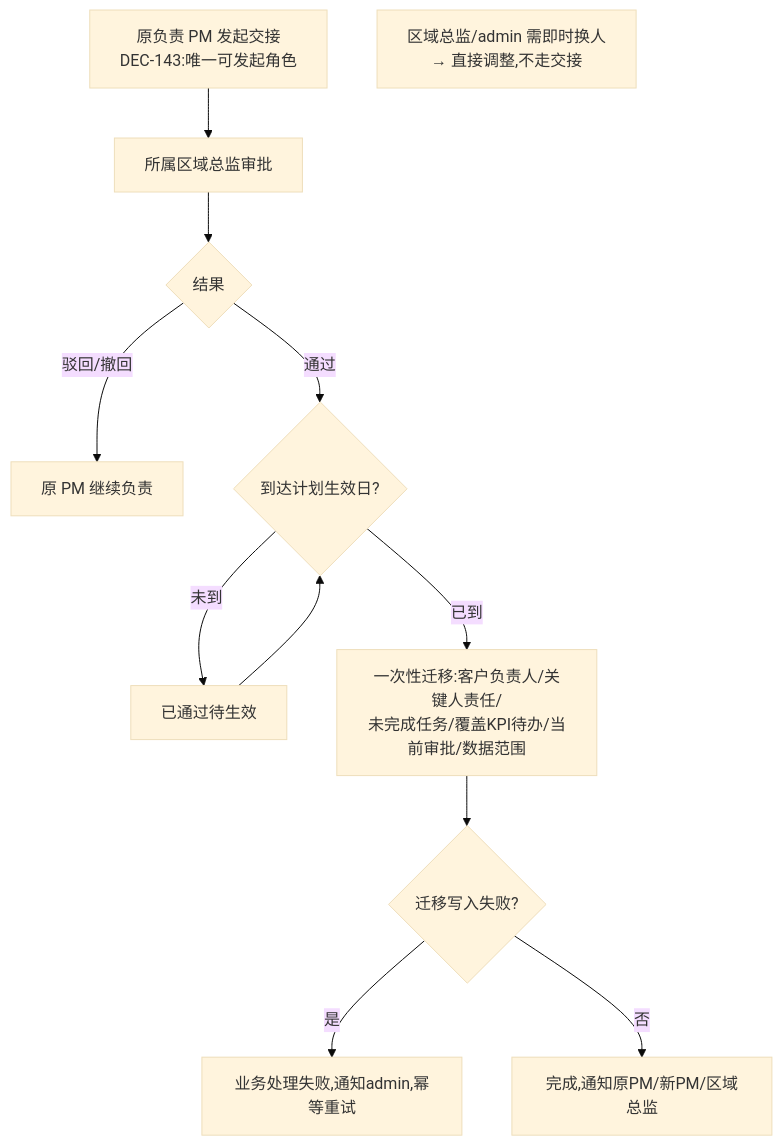
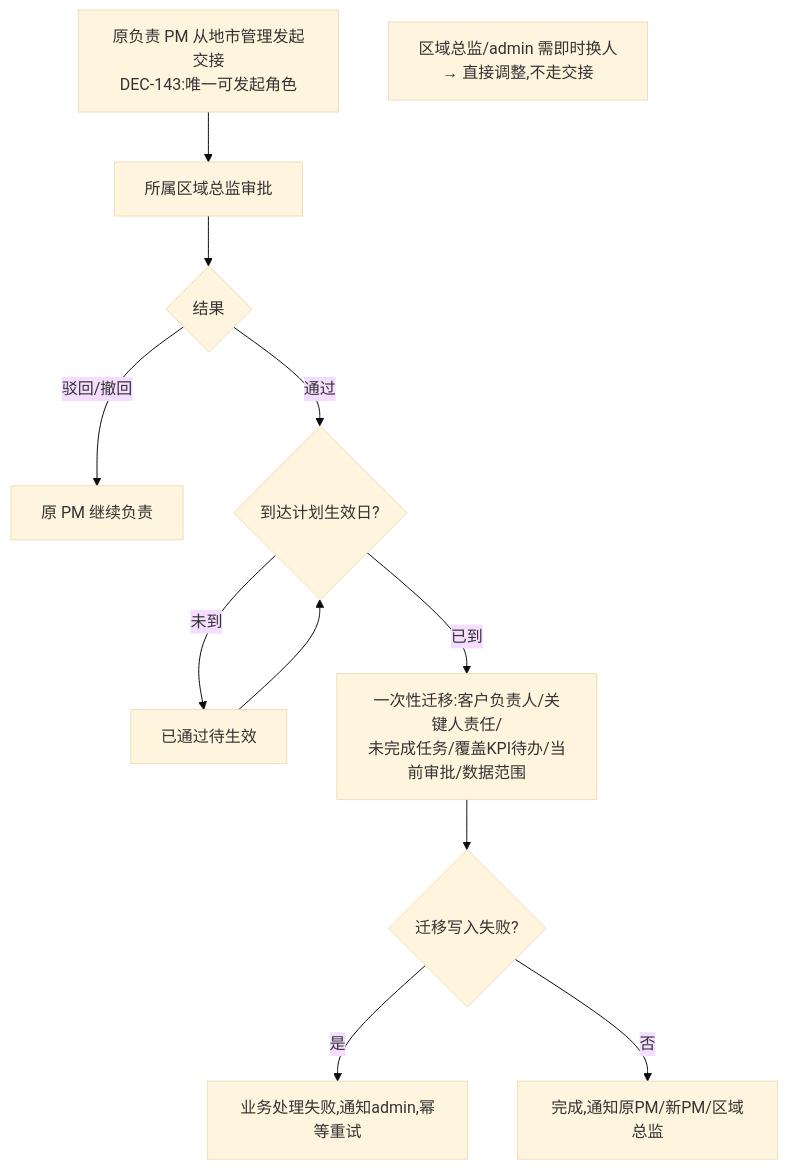
One commit to Joker-1030/Yingjia-Internal-Management-System changed the diagram in prd-workspace/current/user-flows/FLOW-10-M08-city-handover-approval.md. Above: the diagram before and after it, drawn with Mermaid (base theme). The commit also changed other lines of this file and 19 other files, not shown here.

````diff
--- a/prd-workspace/current/user-flows/FLOW-10-M08-city-handover-approval.md
+++ b/prd-workspace/current/user-flows/FLOW-10-M08-city-handover-approval.md
@@ -8,14 +8,14 @@
 ```mermaid
 flowchart TD
-    A[原负责 PM 发起交接<br/>DEC-143:唯一可发起角色] --> C[所属区域总监审批]
+    A[原负责 PM 从地市管理发起交接<br/>DEC-143:唯一可发起角色] --> C[所属区域总监审批]
     C --> F{结果}
     F -- 驳回/撤回 --> H[原 PM 继续负责]
     F -- 通过 --> I{到达计划生效日?}
     I -- 未到 --> J[已通过待生效]
     J --> I
     I -- 已到 --> G[一次性迁移:客户负责人/关键人责任/<br/>未完成任务/覆盖KPI待办/当前审批/数据范围]
     G --> K{迁移写入失败?}
     K -- 是 --> L[业务处理失败,通知admin,幂等重试]
     K -- 否 --> M[完成,通知原PM/新PM/区域总监]
     N[区域总监/admin 需即时换人<br/>→ 直接调整,不走交接]
 ```
````
